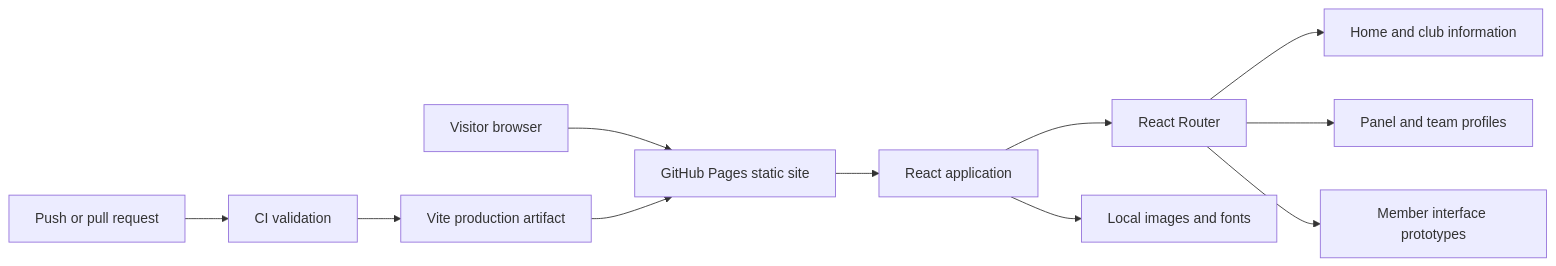
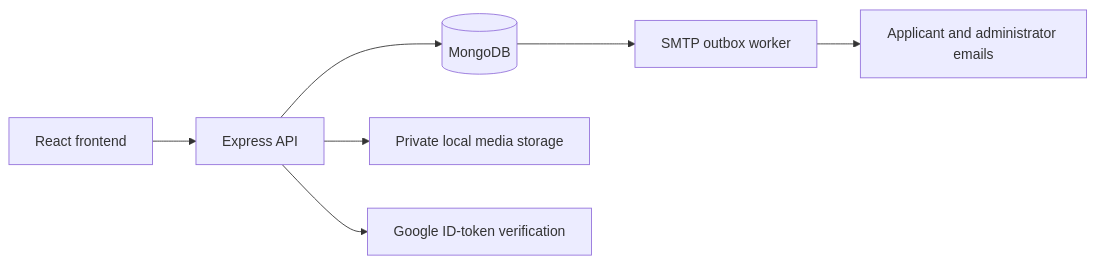
Before and after one commit to XGNoir95/ARPC-Final: the diagram in docs/ARCHITECTURE.md, drawn with Mermaid. The commit also changed other lines of this file and 231 other files, not shown here.

````diff
--- a/docs/ARCHITECTURE.md
+++ b/docs/ARCHITECTURE.md
@@ -21,13 +5,9 @@
 ```mermaid
 flowchart LR
-    visitor[Visitor browser] --> pages[GitHub Pages static site]
-    pages --> app[React application]
-    app --> router[React Router]
-    router --> home[Home and club information]
-    router --> team[Panel and team profiles]
-    router --> member[Member interface prototypes]
-    app --> assets[Local images and fonts]
-    change[Push or pull request] --> ci[CI validation]
-    ci --> build[Vite production artifact]
-    build --> pages
+  browser[React frontend] --> api[Express API]
+  api --> db[(MongoDB)]
+  api --> media[Private local media storage]
+  api --> identity[Google ID-token verification]
+  db --> mail[SMTP outbox worker]
+  mail --> inbox[Applicant and administrator emails]
 ```
````
